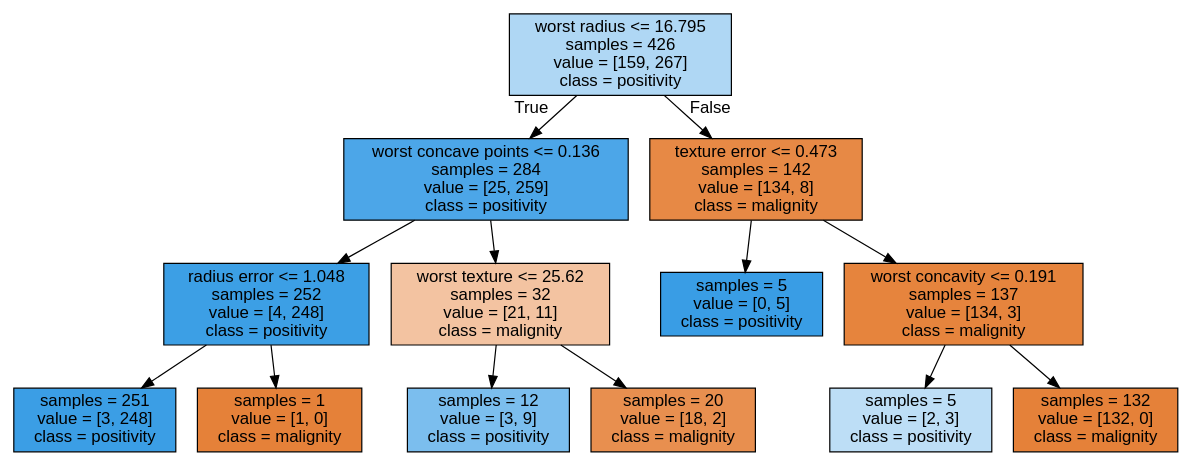
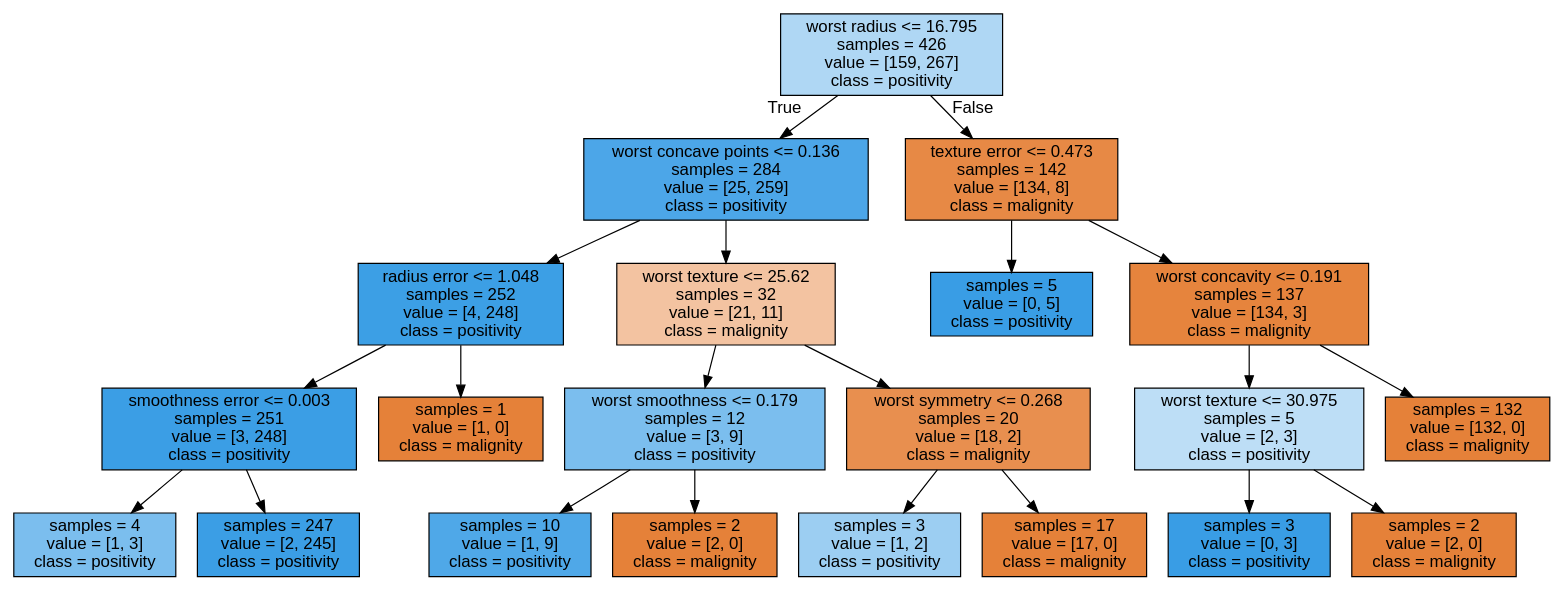
Before and after one commit to tjdwjdgus99/HRD_PYTHON_AI: the diagram in Python02_MachineLearning/tree.dot, drawn with Graphviz. The commit also changed 5 other files, not shown here.

```diff
--- a/Python02_MachineLearning/tree.dot
+++ b/Python02_MachineLearning/tree.dot
@@ -1,29 +1,45 @@
 digraph Tree {
 node [shape=box, style="filled", color="black", fontname="helvetica"] ;
 edge [fontname="helvetica"] ;
 0 [label="worst radius <= 16.795\nsamples = 426\nvalue = [159, 267]\nclass = positivity", fillcolor="#afd7f4"] ;
 1 [label="worst concave points <= 0.136\nsamples = 284\nvalue = [25, 259]\nclass = positivity", fillcolor="#4ca6e8"] ;
 0 -> 1 [labeldistance=2.5, labelangle=45, headlabel="True"] ;
 2 [label="radius error <= 1.048\nsamples = 252\nvalue = [4, 248]\nclass = positivity", fillcolor="#3c9fe5"] ;
 1 -> 2 ;
-3 [label="samples = 251\nvalue = [3, 248]\nclass = positivity", fillcolor="#3b9ee5"] ;
+3 [label="smoothness error <= 0.003\nsamples = 251\nvalue = [3, 248]\nclass = positivity", fillcolor="#3b9ee5"] ;
 2 -> 3 ;
-4 [label="samples = 1\nvalue = [1, 0]\nclass = malignity", fillcolor="#e58139"] ;
-2 -> 4 ;
-5 [label="worst texture <= 25.62\nsamples = 32\nvalue = [21, 11]\nclass = malignity", fillcolor="#f3c3a1"] ;
-1 -> 5 ;
-6 [label="samples = 12\nvalue = [3, 9]\nclass = positivity", fillcolor="#7bbeee"] ;
-5 -> 6 ;
-7 [label="samples = 20\nvalue = [18, 2]\nclass = malignity", fillcolor="#e88f4f"] ;
-5 -> 7 ;
-8 [label="texture error <= 0.473\nsamples = 142\nvalue = [134, 8]\nclass = malignity", fillcolor="#e78945"] ;
-0 -> 8 [labeldistance=2.5, labelangle=-45, headlabel="False"] ;
-9 [label="samples = 5\nvalue = [0, 5]\nclass = positivity", fillcolor="#399de5"] ;
+4 [label="samples = 4\nvalue = [1, 3]\nclass = positivity", fillcolor="#7bbeee"] ;
+3 -> 4 ;
+5 [label="samples = 247\nvalue = [2, 245]\nclass = positivity", fillcolor="#3b9ee5"] ;
+3 -> 5 ;
+6 [label="samples = 1\nvalue = [1, 0]\nclass = malignity", fillcolor="#e58139"] ;
+2 -> 6 ;
+7 [label="worst texture <= 25.62\nsamples = 32\nvalue = [21, 11]\nclass = malignity", fillcolor="#f3c3a1"] ;
+1 -> 7 ;
+8 [label="worst smoothness <= 0.179\nsamples = 12\nvalue = [3, 9]\nclass = positivity", fillcolor="#7bbeee"] ;
+7 -> 8 ;
+9 [label="samples = 10\nvalue = [1, 9]\nclass = positivity", fillcolor="#4fa8e8"] ;
 8 -> 9 ;
-10 [label="worst concavity <= 0.191\nsamples = 137\nvalue = [134, 3]\nclass = malignity", fillcolor="#e6843d"] ;
+10 [label="samples = 2\nvalue = [2, 0]\nclass = malignity", fillcolor="#e58139"] ;
 8 -> 10 ;
-11 [label="samples = 5\nvalue = [2, 3]\nclass = positivity", fillcolor="#bddef6"] ;
-10 -> 11 ;
-12 [label="samples = 132\nvalue = [132, 0]\nclass = malignity", fillcolor="#e58139"] ;
-10 -> 12 ;
+11 [label="worst symmetry <= 0.268\nsamples = 20\nvalue = [18, 2]\nclass = malignity", fillcolor="#e88f4f"] ;
+7 -> 11 ;
+12 [label="samples = 3\nvalue = [1, 2]\nclass = positivity", fillcolor="#9ccef2"] ;
+11 -> 12 ;
+13 [label="samples = 17\nvalue = [17, 0]\nclass = malignity", fillcolor="#e58139"] ;
+11 -> 13 ;
+14 [label="texture error <= 0.473\nsamples = 142\nvalue = [134, 8]\nclass = malignity", fillcolor="#e78945"] ;
+0 -> 14 [labeldistance=2.5, labelangle=-45, headlabel="False"] ;
+15 [label="samples = 5\nvalue = [0, 5]\nclass = positivity", fillcolor="#399de5"] ;
+14 -> 15 ;
+16 [label="worst concavity <= 0.191\nsamples = 137\nvalue = [134, 3]\nclass = malignity", fillcolor="#e6843d"] ;
+14 -> 16 ;
+17 [label="worst texture <= 30.975\nsamples = 5\nvalue = [2, 3]\nclass = positivity", fillcolor="#bddef6"] ;
+16 -> 17 ;
+18 [label="samples = 3\nvalue = [0, 3]\nclass = positivity", fillcolor="#399de5"] ;
+17 -> 18 ;
+19 [label="samples = 2\nvalue = [2, 0]\nclass = malignity", fillcolor="#e58139"] ;
+17 -> 19 ;
+20 [label="samples = 132\nvalue = [132, 0]\nclass = malignity", fillcolor="#e58139"] ;
+16 -> 20 ;
 }
```
